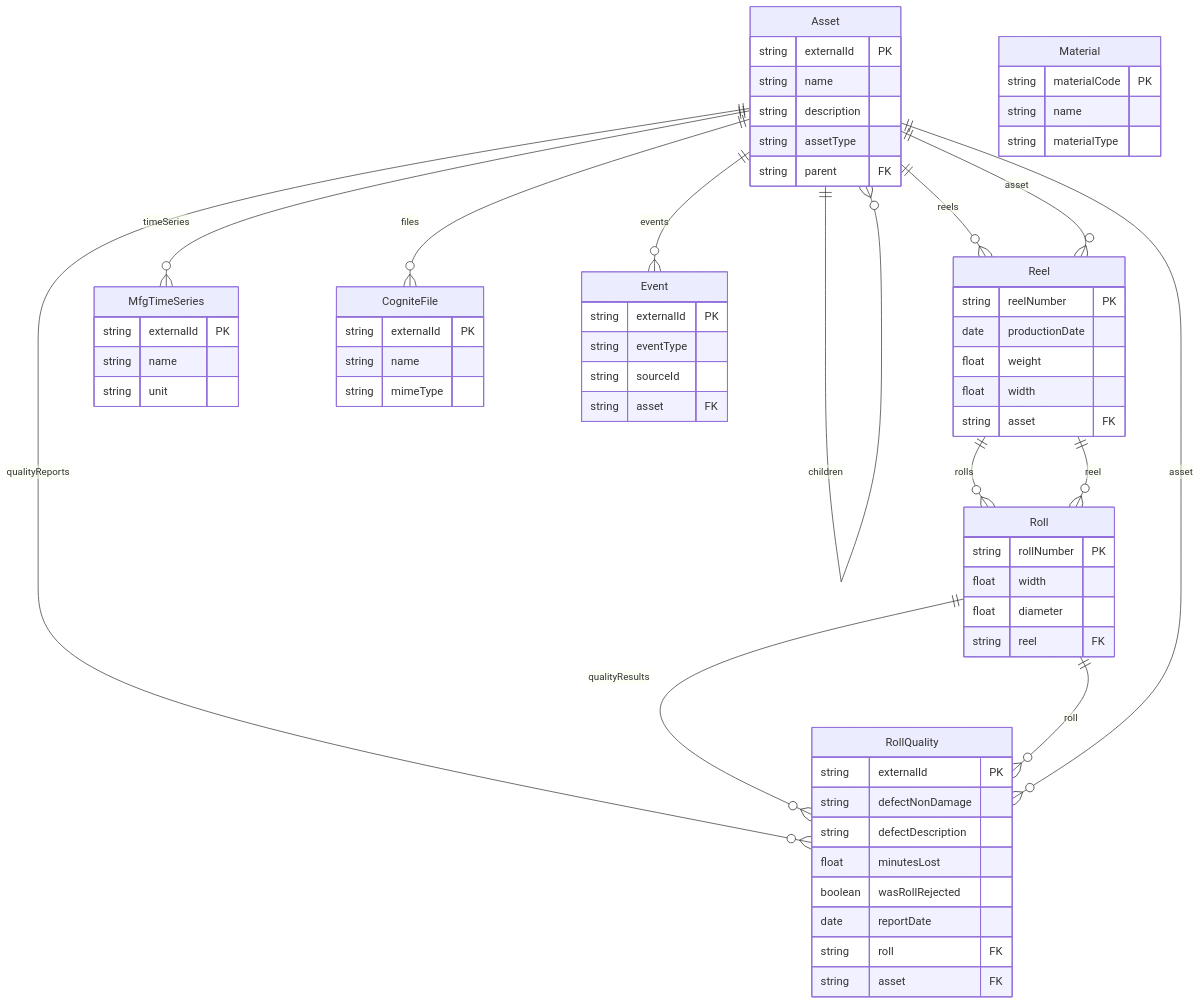
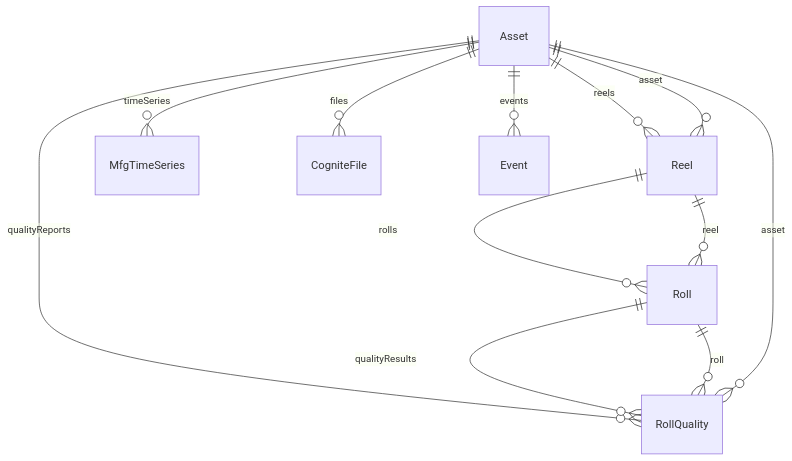
The second of 3 diagrams in docs/reference/data-model/MFG_CORE_WITH_EQUIPMENT.md (fbarsoba-cognite/sylvamo-project-documentation), drawn with Mermaid before and after one commit. The commit also changed other lines of this file, not shown here.

Commit message:
fix: Simplify Mermaid diagrams - relationships only

````diff
--- a/docs/reference/data-model/MFG_CORE_WITH_EQUIPMENT.md
+++ b/docs/reference/data-model/MFG_CORE_WITH_EQUIPMENT.md
@@ -43,77 +28,14 @@
 ```mermaid
 erDiagram
-    Asset ||--o{ Reel : "reels"
-    Asset ||--o{ MfgTimeSeries : "timeSeries"
-    Asset ||--o{ CogniteFile : "files"
-    Asset ||--o{ Event : "events"
-    Asset ||--o{ RollQuality : "qualityReports"
-    Asset ||--o{ Asset : "children"
-    
-    Reel ||--o{ Roll : "rolls"
-    Reel }o--|| Asset : "asset"
-    
-    Roll ||--o{ RollQuality : "qualityResults"
-    Roll }o--|| Reel : "reel"
-    
-    RollQuality }o--|| Roll : "roll"
-    RollQuality }o--|| Asset : "asset"
-
-    Asset {
-        string externalId PK
-        string name
-        string description
-        string assetType
-        string parent FK
-    }
-
-    Reel {
-        string reelNumber PK
-        date productionDate
-        float weight
-        float width
-        string asset FK
-    }
-
-    Roll {
-        string rollNumber PK
-        float width
-        float diameter
-        string reel FK
-    }
-
-    RollQuality {
-        string externalId PK
-        string defectNonDamage
-        string defectDescription
-        float minutesLost
-        boolean wasRollRejected
-        date reportDate
-        string roll FK
-        string asset FK
-    }
-
-    Event {
-        string externalId PK
-        string eventType
-        string sourceId
-        string asset FK
-    }
-
-    MfgTimeSeries {
-        string externalId PK
-        string name
-        string unit
-    }
-
-    CogniteFile {
-        string externalId PK
-        string name
-        string mimeType
-    }
-
-    Material {
-        string materialCode PK
-        string name
-        string materialType
-    }
+    Asset ||--o{ Reel : reels
+    Asset ||--o{ MfgTimeSeries : timeSeries
+    Asset ||--o{ CogniteFile : files
+    Asset ||--o{ Event : events
+    Asset ||--o{ RollQuality : qualityReports
+    Reel ||--o{ Roll : rolls
+    Reel }o--|| Asset : asset
+    Roll ||--o{ RollQuality : qualityResults
+    Roll }o--|| Reel : reel
+    RollQuality }o--|| Roll : roll
+    RollQuality }o--|| Asset : asset
 ```
````
